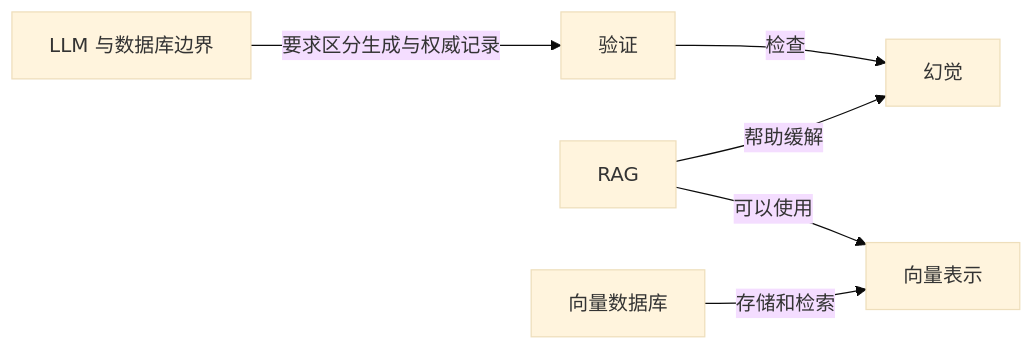
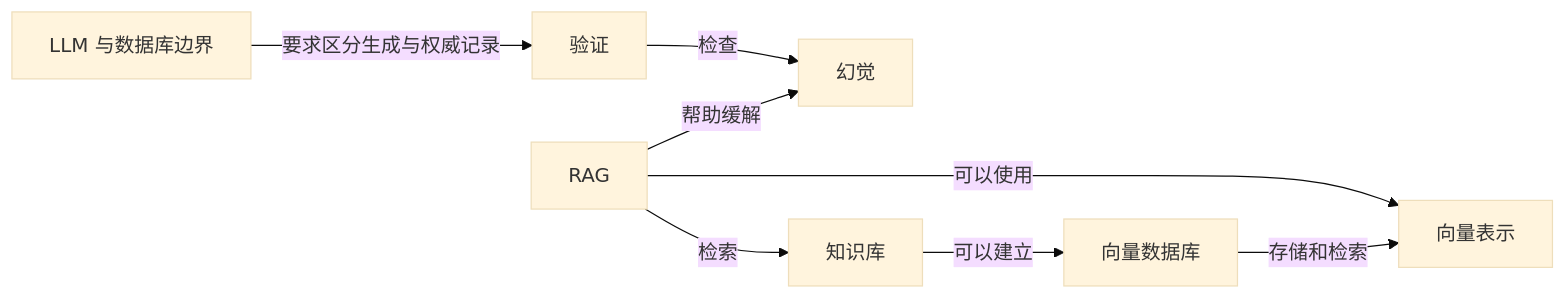
Before and after one commit to z-Zihan/LLM-101: the fourth of 9 diagrams in 知识网络.md, drawn with Mermaid (base theme). The commit also changed other lines of this file and 21 other files, not shown here.

Commit message:
docs: connect workflows rag and knowledge sources

````diff
--- a/知识网络.md
+++ b/知识网络.md
@@ -125,14 +126,17 @@
 ```mermaid
 flowchart LR
     n_hallucination["幻觉"]
     n_verification["验证"]
     n_database_boundary["LLM 与数据库边界"]
     n_rag["RAG"]
+    n_knowledge_base["知识库"]
     n_embedding["向量表示"]
     n_vector_database["向量数据库"]
     n_database_boundary -->|"要求区分生成与权威记录"| n_verification
     n_verification -->|"检查"| n_hallucination
     n_rag -->|"帮助缓解"| n_hallucination
     n_rag -->|"可以使用"| n_embedding
+    n_rag -->|"检索"| n_knowledge_base
+    n_knowledge_base -->|"可以建立"| n_vector_database
     n_vector_database -->|"存储和检索"| n_embedding
 ```
````
